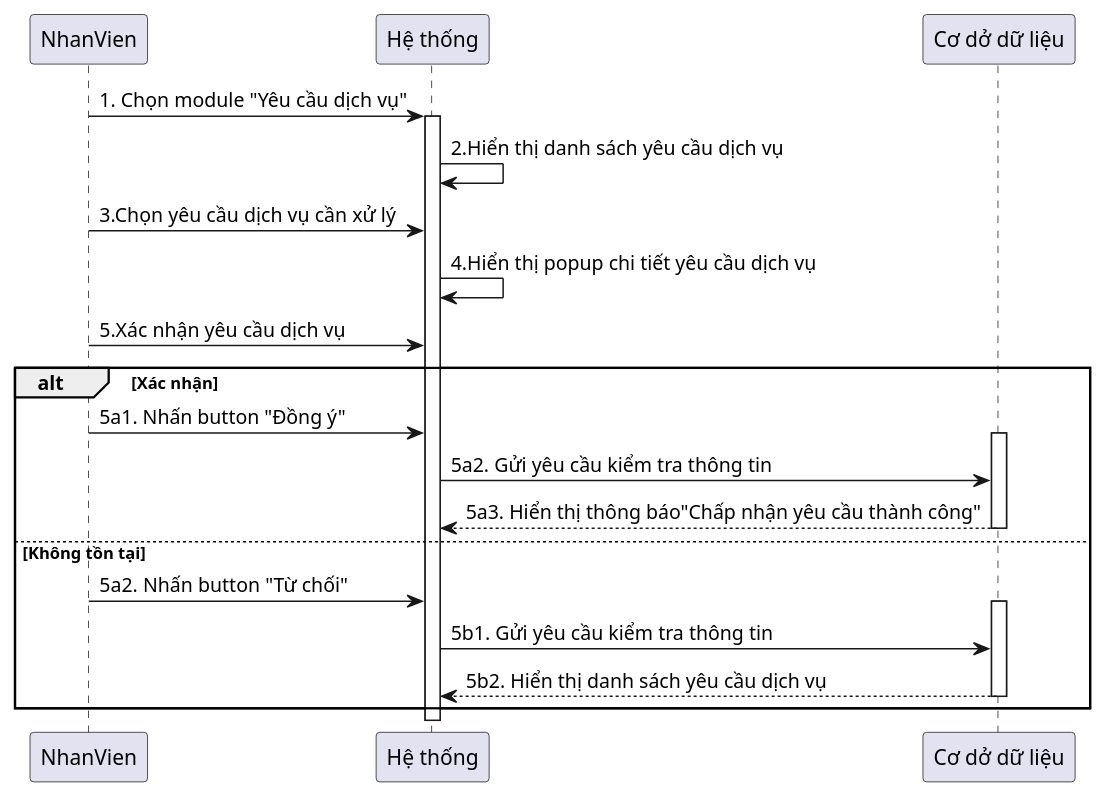
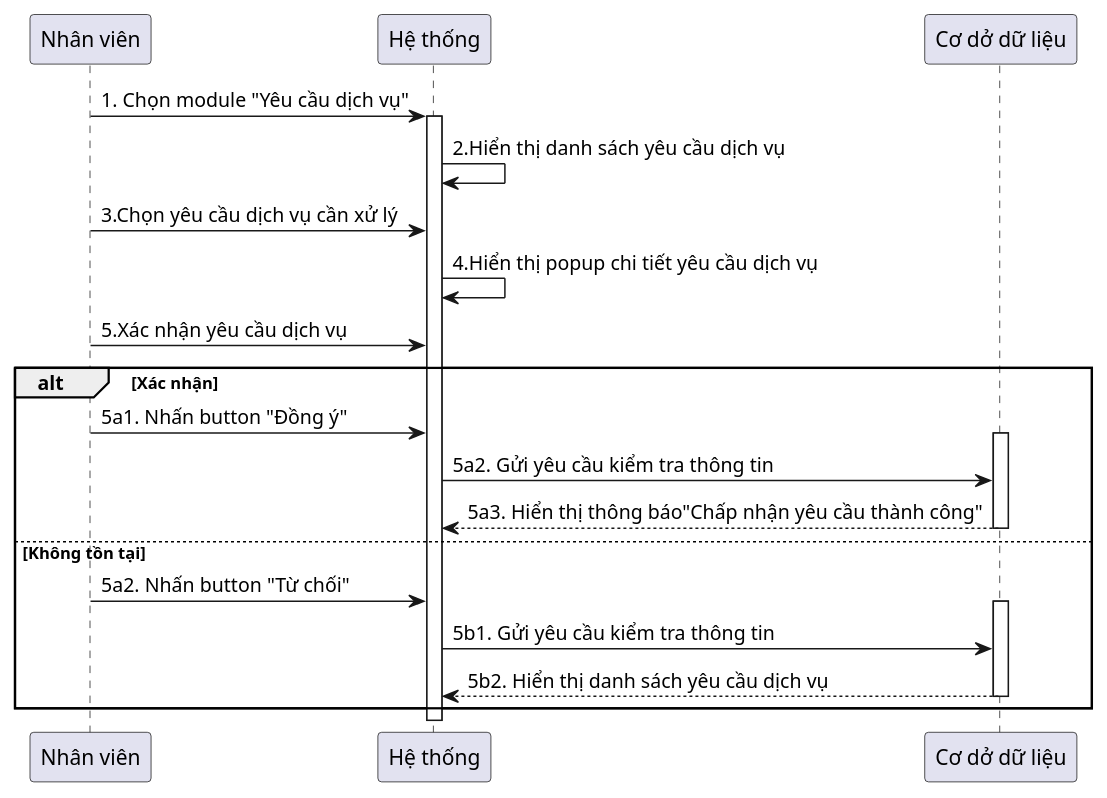
One commit to QuickyBooster/SE357-Pratice-class changed the diagram in Lab1/Lab1.2/Sequence Diagram/Xác nhận dịch vụ.plantuml. Above: the diagram before and after it, drawn with PlantUML. The commit also changed 7 other files, not shown here.

```diff
--- a/Lab1/Lab1.2/Sequence Diagram/Xác nhận dịch vụ.plantuml
+++ b/Lab1/Lab1.2/Sequence Diagram/Xác nhận dịch vụ.plantuml
@@ -1,31 +1,31 @@
 @startuml
 
-participant NhanVien
+participant "Nhân viên"
 
 participant "Hệ thống" as System
 participant "Cơ dở dữ liệu" as CSDL
 
 
-NhanVien -> System: 1. Chọn module "Yêu cầu dịch vụ"
+"Nhân viên" -> System: 1. Chọn module "Yêu cầu dịch vụ"
 activate System
 System -> System: 2.Hiển thị danh sách yêu cầu dịch vụ
-NhanVien -> System: 3.Chọn yêu cầu dịch vụ cần xử lý
+"Nhân viên" -> System: 3.Chọn yêu cầu dịch vụ cần xử lý
 System -> System: 4.Hiển thị popup chi tiết yêu cầu dịch vụ
-NhanVien -> System: 5.Xác nhận yêu cầu dịch vụ
+"Nhân viên" -> System: 5.Xác nhận yêu cầu dịch vụ
 alt Xác nhận
 
-   NhanVien -> System: 5a1. Nhấn button "Đồng ý"
+   "Nhân viên" -> System: 5a1. Nhấn button "Đồng ý"
        activate CSDL
    System -> CSDL: 5a2. Gửi yêu cầu kiểm tra thông tin
 CSDL --> System: 5a3. Hiển thị thông báo"Chấp nhận yêu cầu thành công"
 
         deactivate CSDL
 else Không tồn tại  
-    NhanVien -> System: 5a2. Nhấn button "Từ chối"
+    "Nhân viên" -> System: 5a2. Nhấn button "Từ chối"
      activate CSDL
     System -> CSDL: 5b1. Gửi yêu cầu kiểm tra thông tin
     CSDL--> System: 5b2. Hiển thị danh sách yêu cầu dịch vụ 
          deactivate CSDL
 end
 
 @enduml
```
